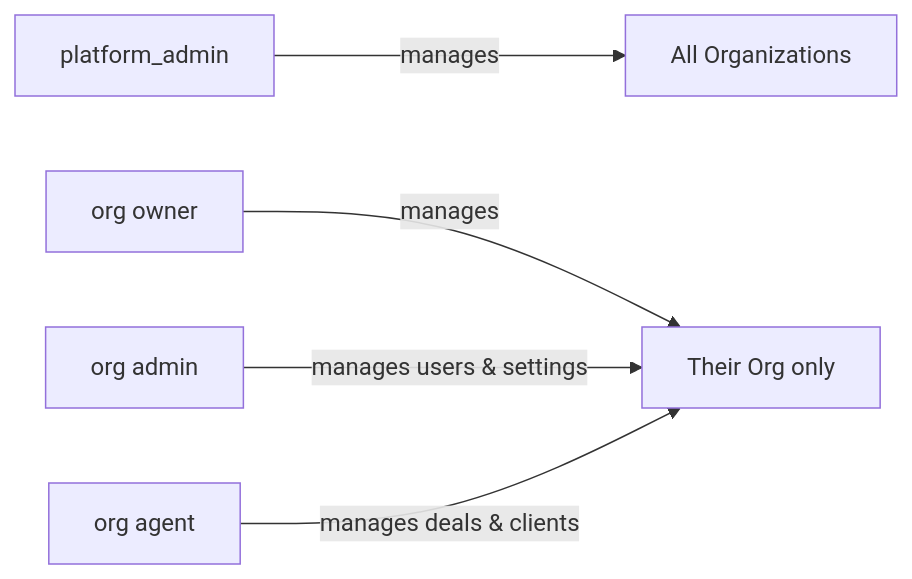
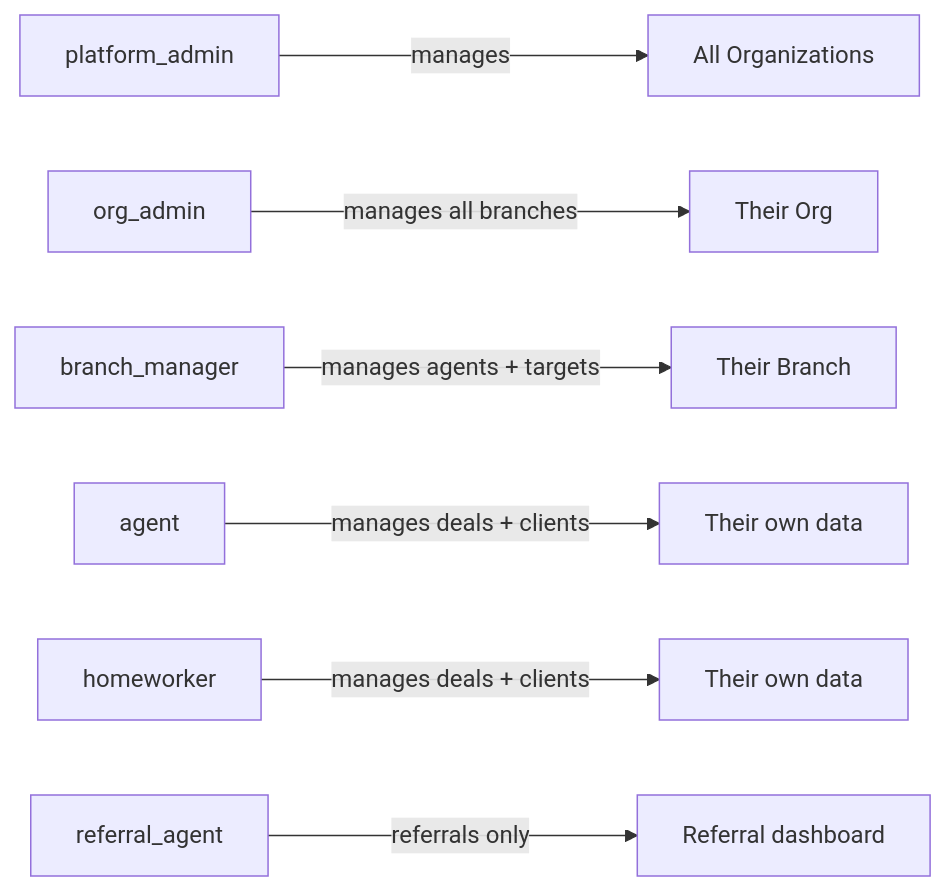
Diagram 11 of 21 in SAAS_MULTITENANCY_PLAN.md (Jhay1413/travana-V2), drawn with Mermaid before and after one commit. The commit also changed other lines of this file and 7 other files, not shown here.

````diff
--- a/SAAS_MULTITENANCY_PLAN.md
+++ b/SAAS_MULTITENANCY_PLAN.md
@@ -255,7 +544,9 @@
 ```mermaid
 graph LR
-    PA[platform_admin] -->|manages| ORG[All Organizations]
-    OWN[org owner] -->|manages| THEIR[Their Org only]
-    ADM[org admin] -->|manages users & settings| THEIR
-    AGT[org agent] -->|manages deals & clients| THEIR
+    PA[platform_admin] -->|manages| ALL[All Organizations]
+    OA[org_admin] -->|manages all branches| ORG[Their Org]
+    BM[branch_manager] -->|manages agents + targets| BRN[Their Branch]
+    AG[agent] -->|manages deals + clients| SELF[Their own data]
+    HW[homeworker] -->|manages deals + clients| SELF2[Their own data]
+    RA[referral_agent] -->|referrals only| REF[Referral dashboard]
 ```
````
